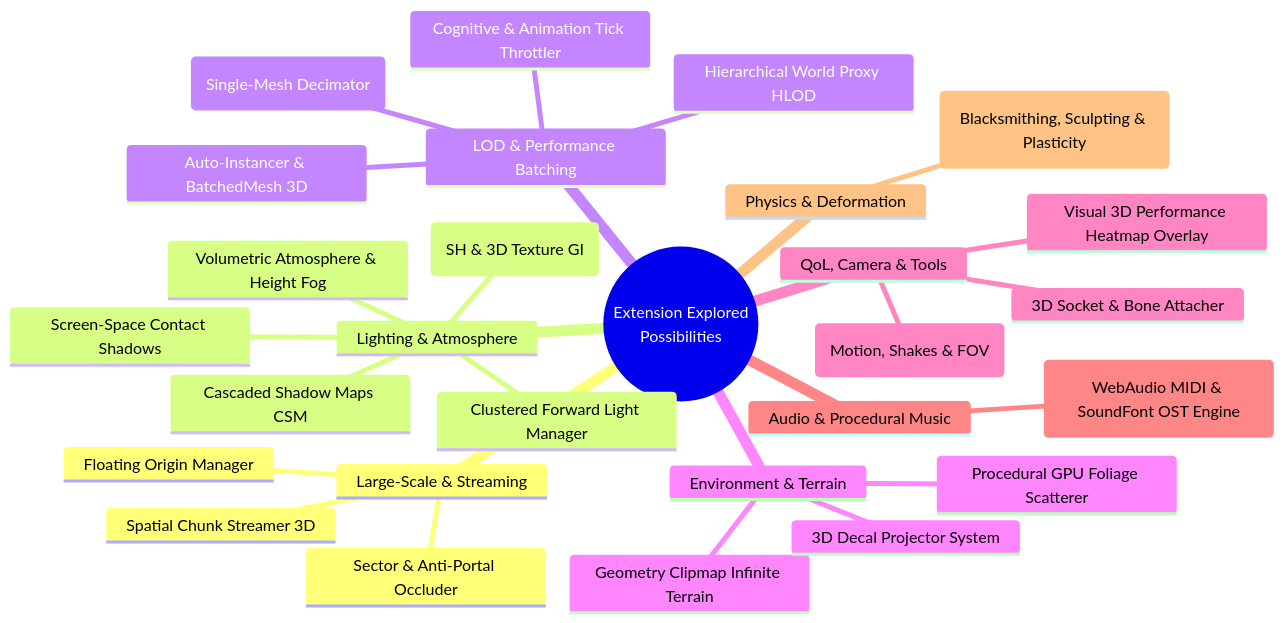
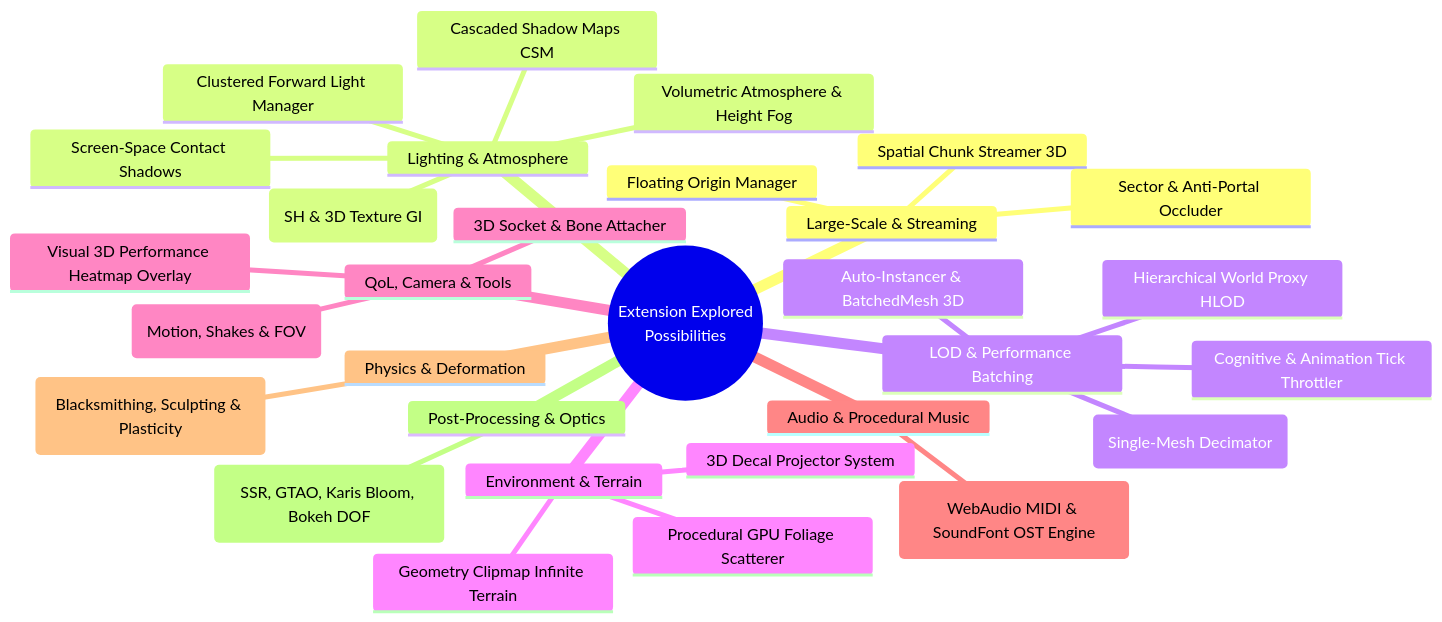
One commit to Twillion/GDevelop_Extensions changed the diagram in Extension-explored-possibilities-list.md. Above: the diagram before and after it, drawn with Mermaid. The commit also changed other lines of this file and 21 other files, not shown here.

````diff
--- a/Extension-explored-possibilities-list.md
+++ b/Extension-explored-possibilities-list.md
@@ -7,31 +7,33 @@
 ```mermaid
 mindmap
   root((Extension Explored<br/>Possibilities))
     Large-Scale & Streaming
       Spatial Chunk Streamer 3D
       Floating Origin Manager
       Sector & Anti-Portal Occluder
     Lighting & Atmosphere
       Cascaded Shadow Maps CSM
       LightProbeGrid3D (SH & 3D Texture GI)
       Clustered Forward Light Manager
       Volumetric Atmosphere & Height Fog
       Screen-Space Contact Shadows
     LOD & Performance Batching
       AutoMeshLOD3D (Single-Mesh Decimator)
       Auto-Instancer & BatchedMesh 3D
       Hierarchical World Proxy HLOD
       Cognitive & Animation Tick Throttler
     Environment & Terrain
       Geometry Clipmap Infinite Terrain
       Procedural GPU Foliage Scatterer
       3D Decal Projector System
     QoL, Camera & Tools
       CameraTweens3D (Motion, Shakes & FOV)
       3D Socket & Bone Attacher
       Visual 3D Performance Heatmap Overlay
     Audio & Procedural Music
       MidiSynthPlayer (WebAudio MIDI & SoundFont OST Engine)
     Physics & Deformation
       MeshDeformation3D (Blacksmithing, Sculpting & Plasticity)
+    Post-Processing & Optics
+      CinematicPostFX3D (SSR, GTAO, Karis Bloom, Bokeh DOF)
 ```
````
